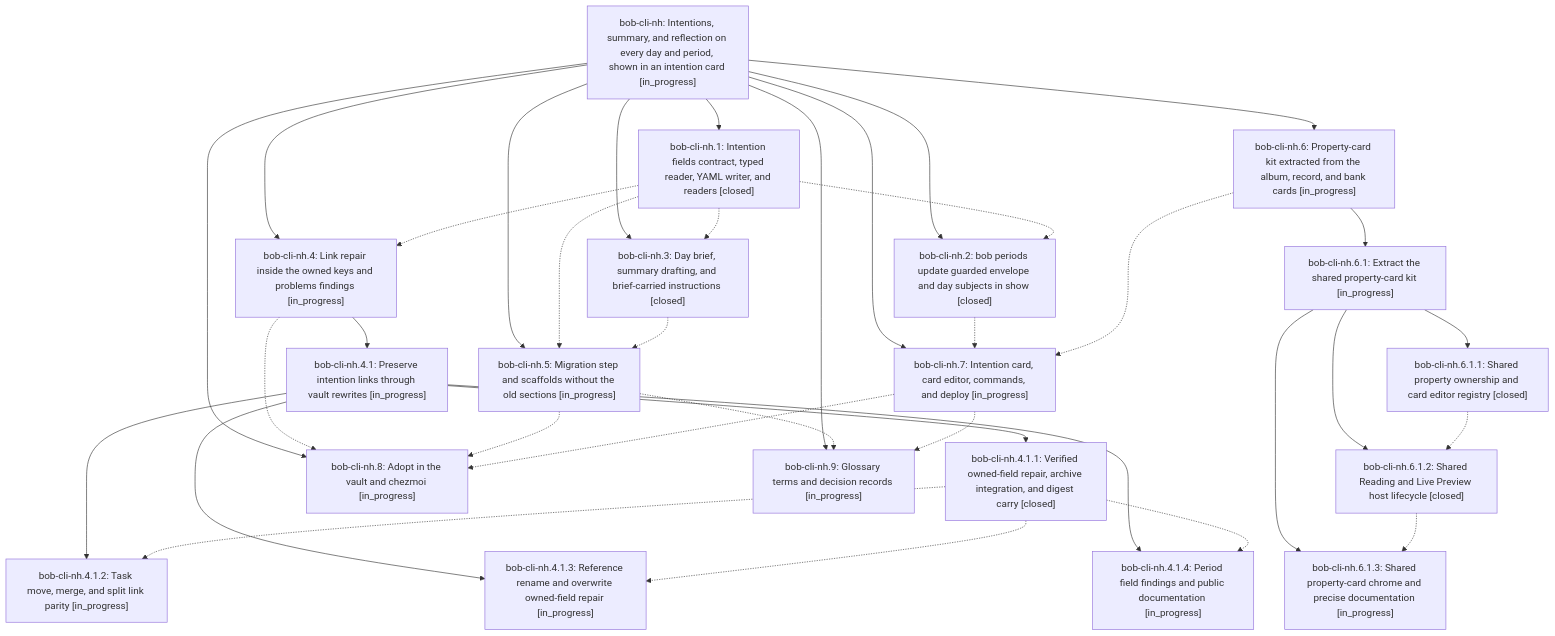
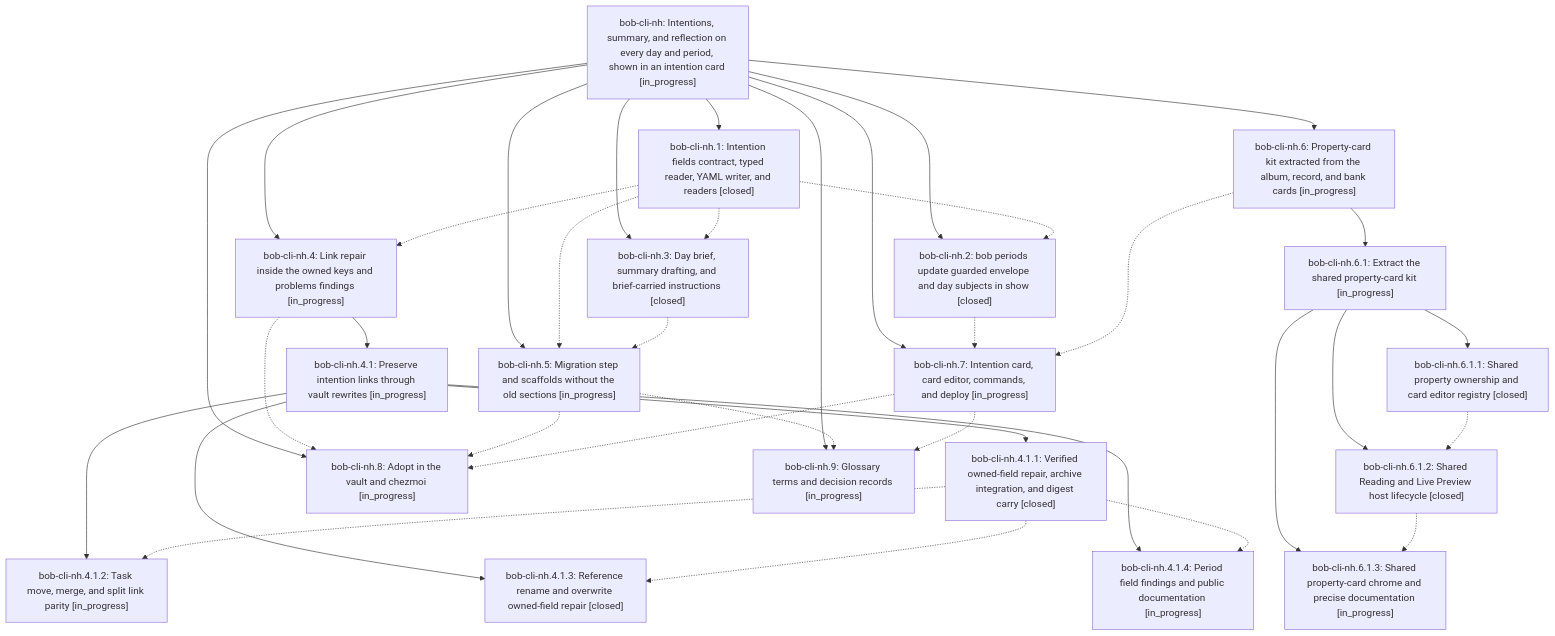
One commit to bobs-org/bob-cli--beads changed the diagram in pages/bob-cli-nh/README.md. Above: the diagram before and after it, drawn with Mermaid. The commit also changed other lines of this file and 4 other files, not shown here.

First line of the commit message:
chore(beads): sync bead state and pages for bob-cli-nh

````diff
--- a/pages/bob-cli-nh/README.md
+++ b/pages/bob-cli-nh/README.md
@@ -58,57 +58,57 @@
 ```mermaid
 flowchart TD
     n0["bob-cli-nh: Intentions, summary, and reflection on every day and period, shown in an intention card [in_progress]"]
     n1["bob-cli-nh.1: Intention fields contract, typed reader, YAML writer, and readers [closed]"]
     n2["bob-cli-nh.2: bob periods update guarded envelope and day subjects in show [closed]"]
     n3["bob-cli-nh.3: Day brief, summary drafting, and brief-carried instructions [closed]"]
     n4["bob-cli-nh.4: Link repair inside the owned keys and problems findings [in_progress]"]
     n5["bob-cli-nh.4.1: Preserve intention links through vault rewrites [in_progress]"]
     n6["bob-cli-nh.4.1.1: Verified owned-field repair, archive integration, and digest carry [closed]"]
     n7["bob-cli-nh.4.1.2: Task move, merge, and split link parity [in_progress]"]
-    n8["bob-cli-nh.4.1.3: Reference rename and overwrite owned-field repair [in_progress]"]
+    n8["bob-cli-nh.4.1.3: Reference rename and overwrite owned-field repair [closed]"]
     n9["bob-cli-nh.4.1.4: Period field findings and public documentation [in_progress]"]
     n10["bob-cli-nh.5: Migration step and scaffolds without the old sections [in_progress]"]
     n11["bob-cli-nh.6: Property-card kit extracted from the album, record, and bank cards [in_progress]"]
     n12["bob-cli-nh.6.1: Extract the shared property-card kit [in_progress]"]
     n13["bob-cli-nh.6.1.1: Shared property ownership and card editor registry [closed]"]
     n14["bob-cli-nh.6.1.2: Shared Reading and Live Preview host lifecycle [closed]"]
     n15["bob-cli-nh.6.1.3: Shared property-card chrome and precise documentation [in_progress]"]
     n16["bob-cli-nh.7: Intention card, card editor, commands, and deploy [in_progress]"]
     n17["bob-cli-nh.8: Adopt in the vault and chezmoi [in_progress]"]
     n18["bob-cli-nh.9: Glossary terms and decision records [in_progress]"]
     n0 --> n1
     n0 --> n2
     n0 --> n3
     n0 --> n4
     n4 --> n5
     n5 --> n6
     n5 --> n7
     n5 --> n8
     n5 --> n9
     n0 --> n10
     n0 --> n11
     n11 --> n12
     n12 --> n13
     n12 --> n14
     n12 --> n15
     n0 --> n16
     n0 --> n17
     n0 --> n18
     n1 -.-> n2
     n1 -.-> n3
     n1 -.-> n4
     n1 -.-> n10
     n2 -.-> n16
     n3 -.-> n10
     n4 -.-> n17
     n6 -.-> n7
     n6 -.-> n8
     n6 -.-> n9
     n10 -.-> n17
     n10 -.-> n18
     n11 -.-> n16
     n13 -.-> n14
     n14 -.-> n15
     n16 -.-> n17
     n16 -.-> n18
 ```
````
